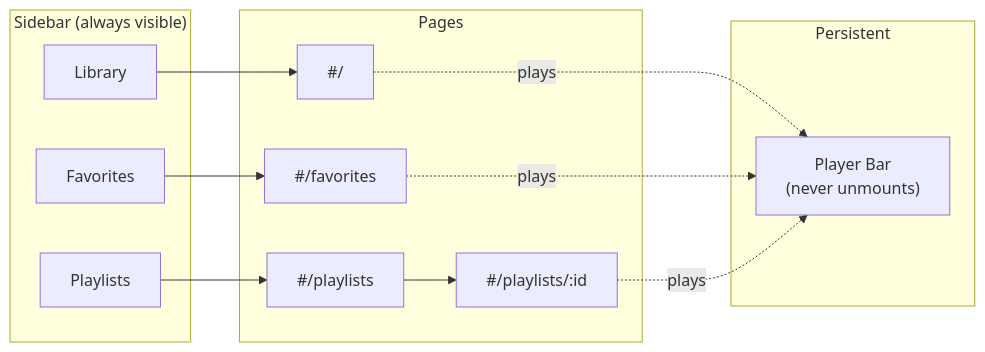
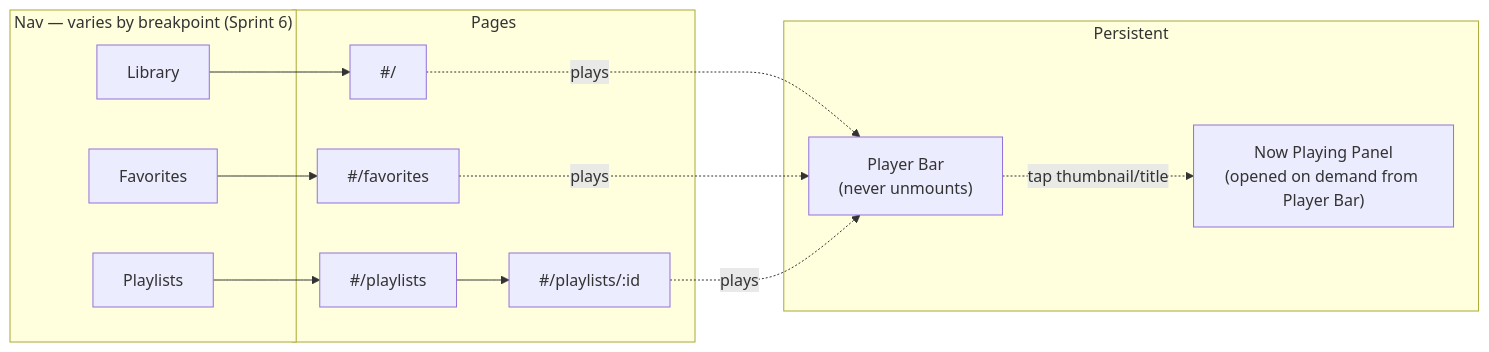
Before and after one commit to KarthikUdyawar/melo: diagram 19 of 19 in docs/USER-FLOW.md, drawn with Mermaid. The commit also changed other lines of this file and 13 other files, not shown here.

````diff
--- a/docs/USER-FLOW.md
+++ b/docs/USER-FLOW.md
@@ -266,28 +352,30 @@
 ```mermaid
 flowchart LR
-    subgraph Sidebar ["Sidebar (always visible)"]
+    subgraph Nav ["Nav — varies by breakpoint (Sprint 6)"]
         L[Library]
         FAV[Favorites]
         PL[Playlists]
     end
 
     subgraph Pages
         LibPage["#/"]
         FavPage["#/favorites"]
         PlPage["#/playlists"]
         PlDetail["#/playlists/:id"]
     end
 
     subgraph Persistent
         Player["Player Bar\n(never unmounts)"]
+        NP["Now Playing Panel\n(opened on demand from Player Bar)"]
     end
 
     L --> LibPage
     FAV --> FavPage
     PL --> PlPage
     PlPage --> PlDetail
 
     LibPage -.plays.-> Player
     FavPage -.plays.-> Player
     PlDetail -.plays.-> Player
+    Player -.tap thumbnail/title.-> NP
 ```
````
